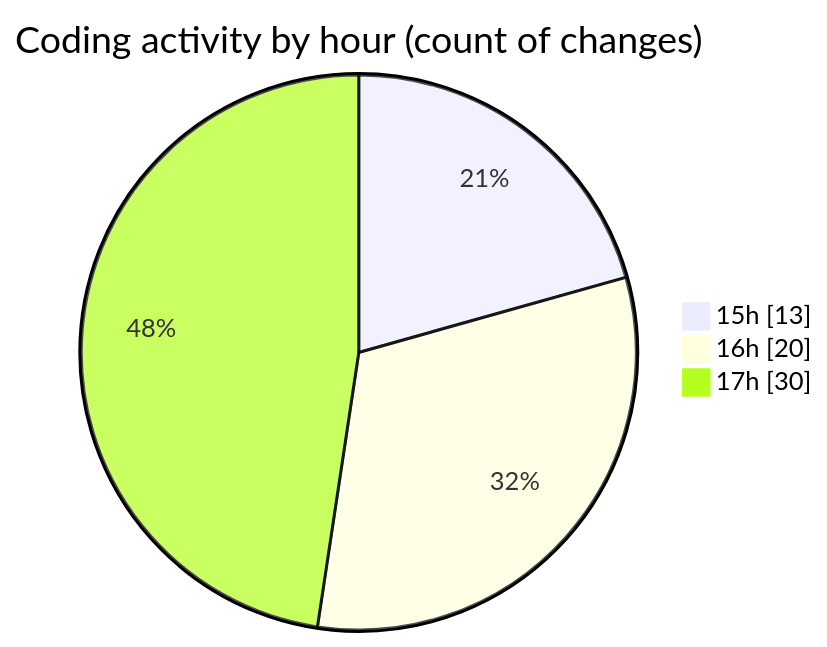
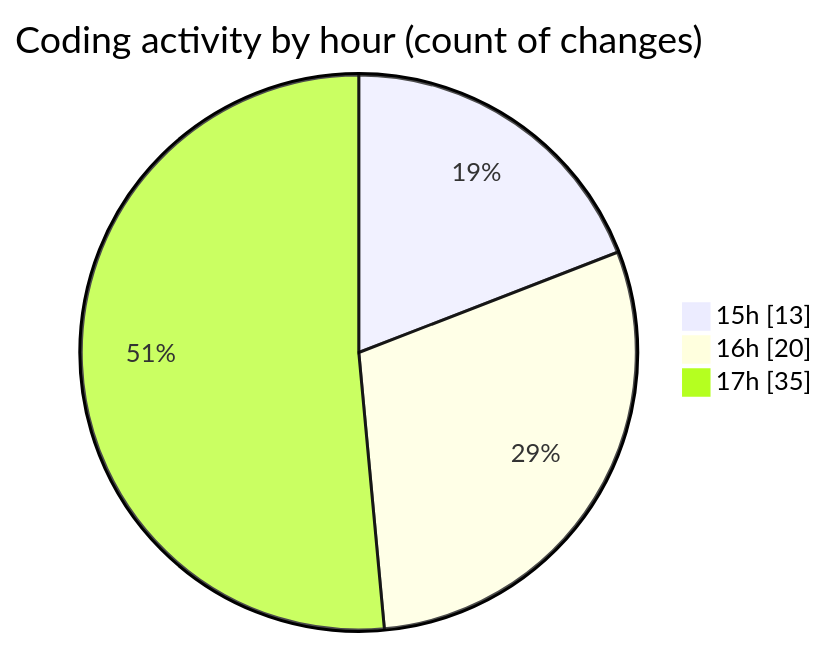
One commit to momahboobian/code-tracking changed the second of 2 diagrams in 2026-03-26/cda/README.md. Above: the diagram before and after it, drawn with Mermaid. The commit also changed other lines of this file and 1 other file, not shown here.

````diff
--- a/2026-03-26/cda/README.md
+++ b/2026-03-26/cda/README.md
@@ -33,7 +33,7 @@
 ```mermaid
 pie showData
 title Coding activity by hour (count of changes)
 "15h" : 13
 "16h" : 20
-"17h" : 30
+"17h" : 35
 ```
````
